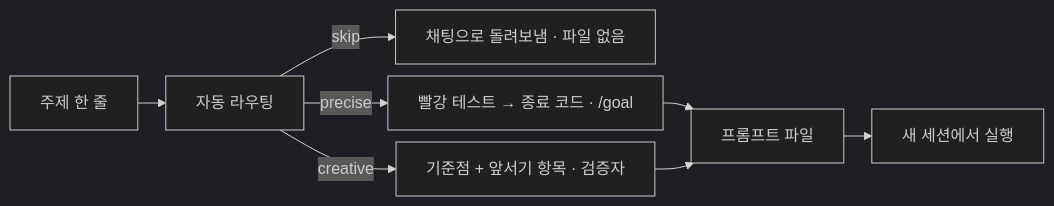
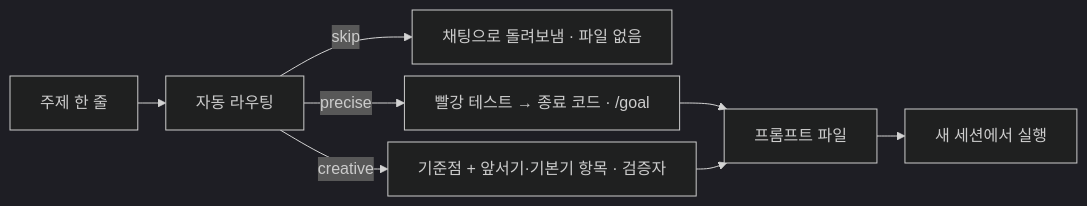
One commit to rotcoffee/metaprompt changed the diagram in README.md. Above: the diagram before and after it, drawn with Mermaid (dark theme). The commit also changed other lines of this file and 17 other files, not shown here.

First line of the commit message:
실측 반영: 한 세션 크기는 skip · creative 기본기 항목 · 검증자 콜드 패스 · 실행 모델 고정

````diff
--- a/README.md
+++ b/README.md
@@ -5,17 +5,17 @@
 ```mermaid
 ---
 config:
   flowchart:
     nodeSpacing: 12
     rankSpacing: 28
     wrappingWidth: 400
 ---
 flowchart LR
   T["주제 한 줄"] --> R["자동 라우팅"]
   R -->|skip| S["채팅으로 돌려보냄 · 파일 없음"]
   R -->|precise| P["빨강 테스트 → 종료 코드 · /goal"]
-  R -->|creative| C["기준점 + 앞서기 항목 · 검증자"]
+  R -->|creative| C["기준점 + 앞서기·기본기 항목 · 검증자"]
   P --> F["프롬프트 파일"]
   C --> F
   F --> N["새 세션에서 실행"]
 ```
````
